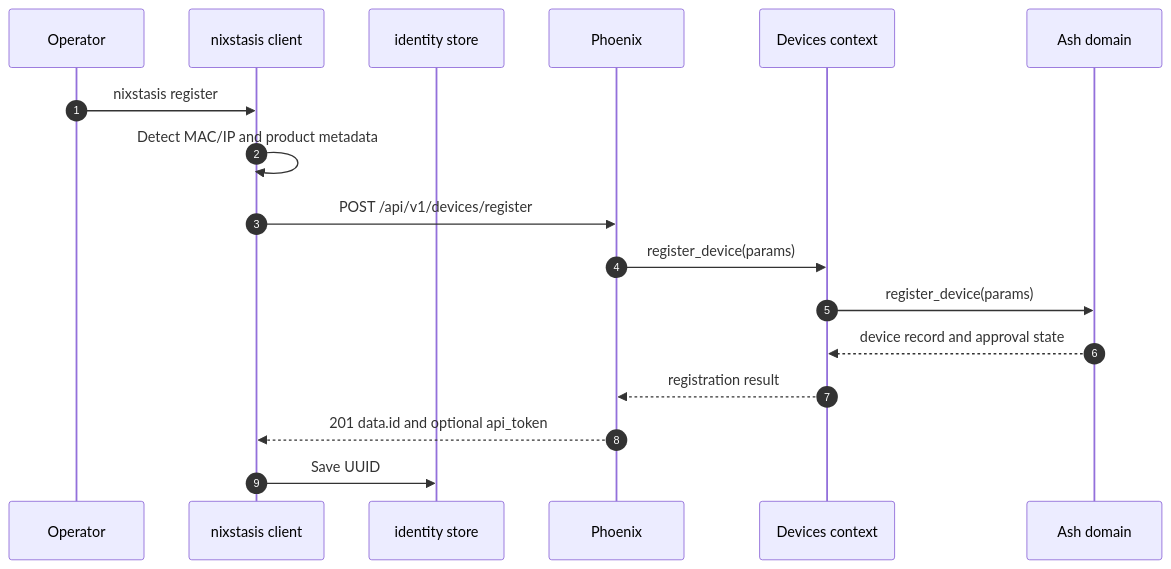
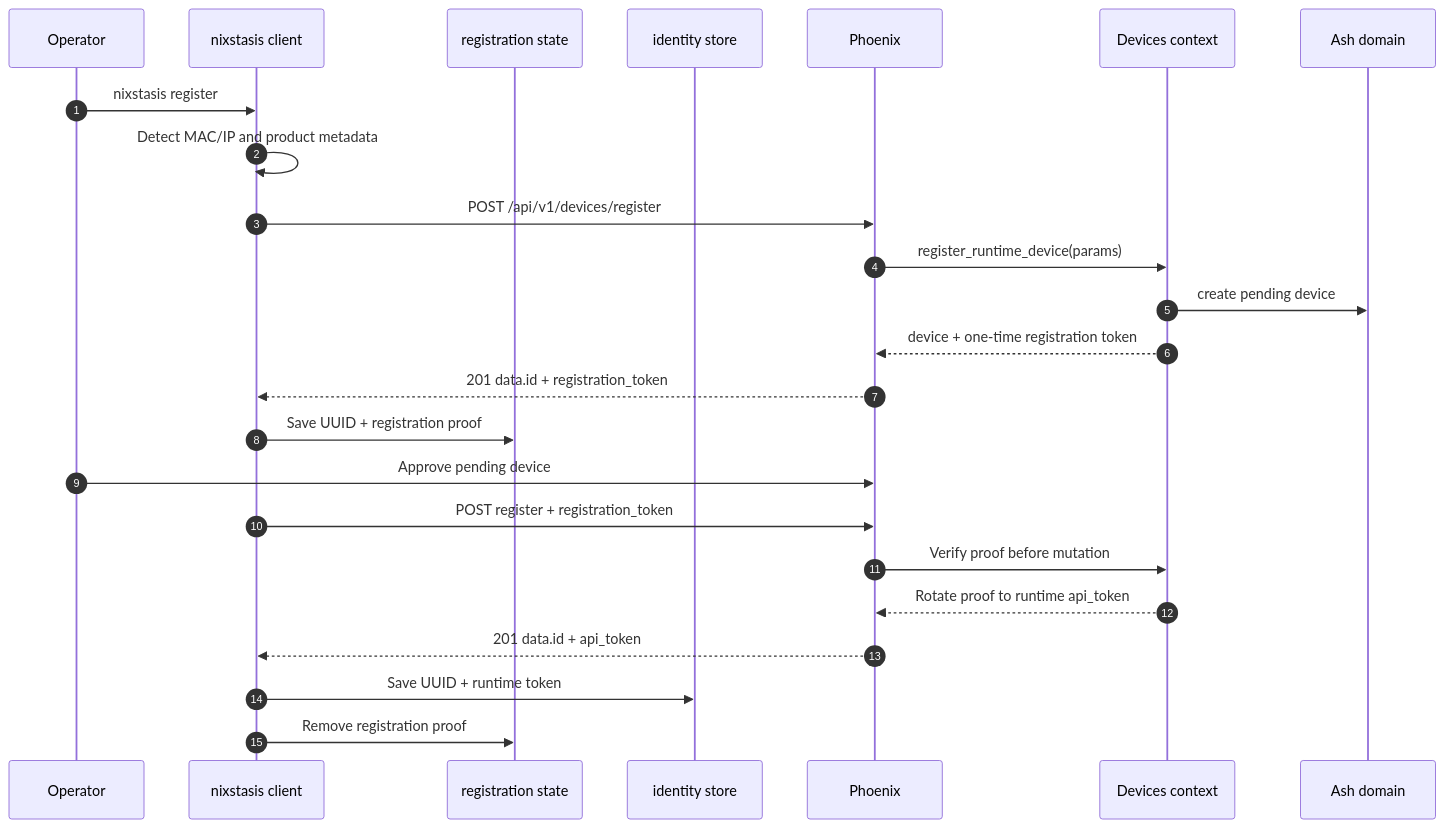
The first of 5 diagrams in docs/src/data-flow.md (RobertDeRose/Nixstasis), drawn with Mermaid before and after one commit. The commit also changed other lines of this file and 17 other files, not shown here.

First line of the commit message:
fix(repo): secure device re-registration

````diff
--- a/docs/src/data-flow.md
+++ b/docs/src/data-flow.md
@@ -5,20 +5,27 @@
 ```mermaid
 sequenceDiagram
     autonumber
     participant Operator
     participant Client as nixstasis client
+    participant Pending as registration state
     participant Identity as identity store
     participant Phoenix
     participant Devices as Devices context
     participant Domain as Ash domain
 
     Operator->>Client: nixstasis register
     Client->>Client: Detect MAC/IP and product metadata
     Client->>Phoenix: POST /api/v1/devices/register
-    Phoenix->>Devices: register_device(params)
-    Devices->>Domain: register_device(params)
-    Domain-->>Devices: device record and approval state
-    Devices-->>Phoenix: registration result
-    Phoenix-->>Client: 201 data.id and optional api_token
-    Client->>Identity: Save UUID
+    Phoenix->>Devices: register_runtime_device(params)
+    Devices->>Domain: create pending device
+    Devices-->>Phoenix: device + one-time registration token
+    Phoenix-->>Client: 201 data.id + registration_token
+    Client->>Pending: Save UUID + registration proof
+    Operator->>Phoenix: Approve pending device
+    Client->>Phoenix: POST register + registration_token
+    Phoenix->>Devices: Verify proof before mutation
+    Devices-->>Phoenix: Rotate proof to runtime api_token
+    Phoenix-->>Client: 201 data.id + api_token
+    Client->>Identity: Save UUID + runtime token
+    Client->>Pending: Remove registration proof
 ```
````
